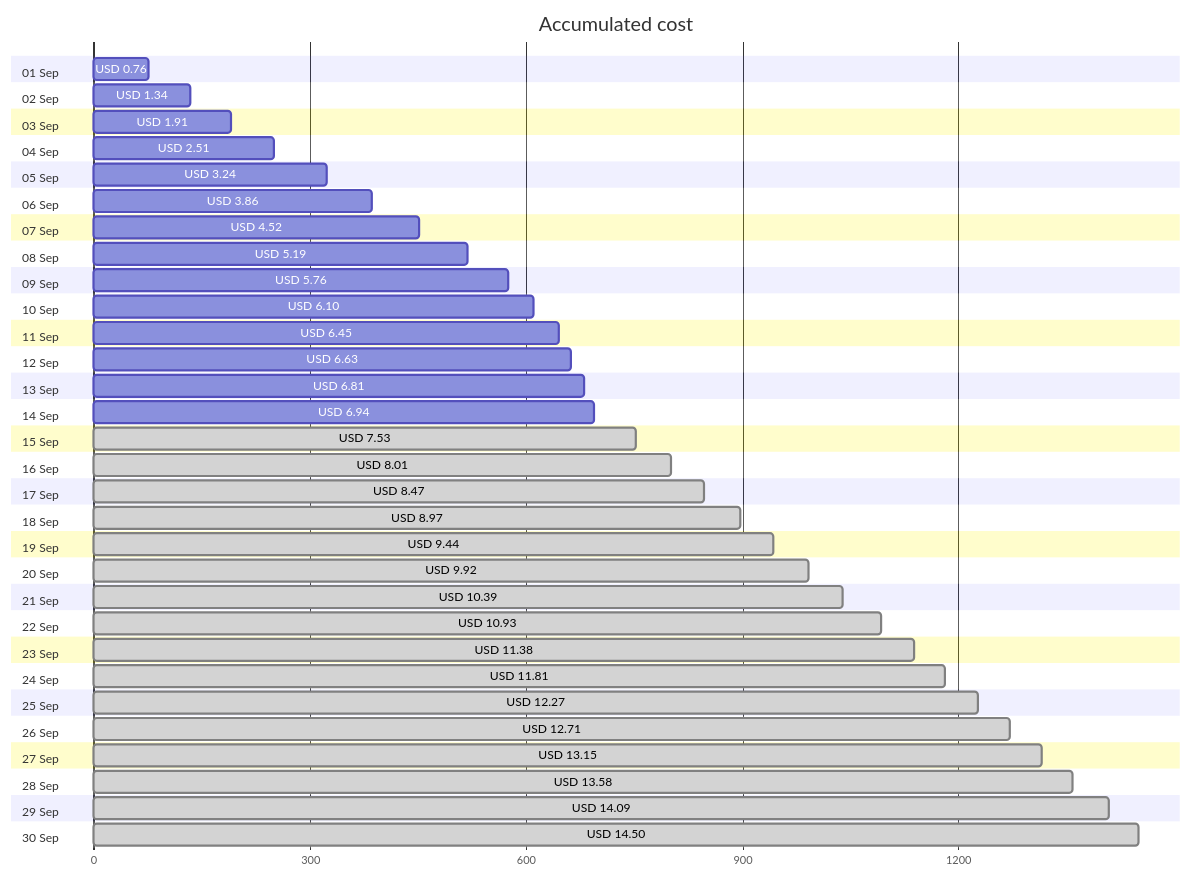
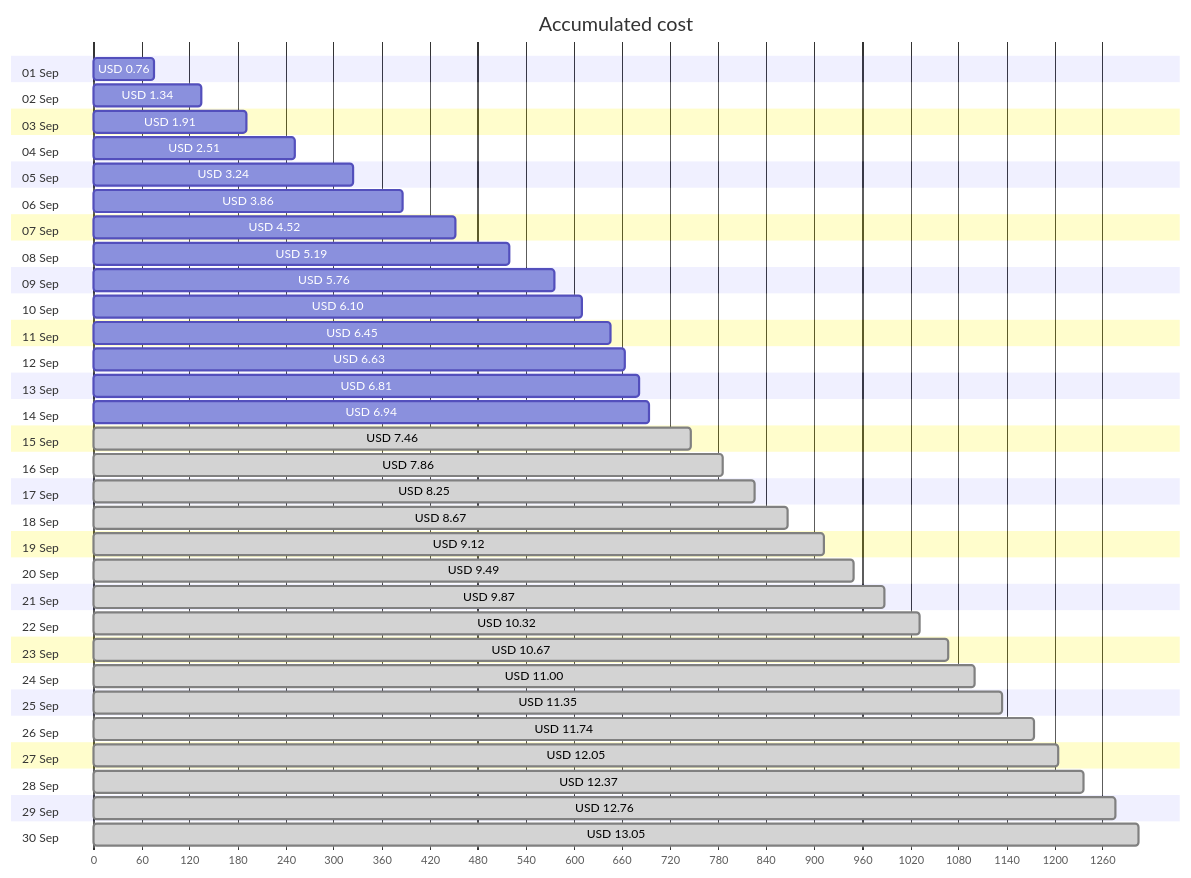
The first of 4 diagrams in cost-reports/personal-network/ubuntu-vpn-server-spot.md (jpfulton/azure-personal-reports), drawn with Mermaid before and after one commit. The commit also changed other lines of this file and 37 other files, not shown here.

````diff
--- a/cost-reports/personal-network/ubuntu-vpn-server-spot.md
+++ b/cost-reports/personal-network/ubuntu-vpn-server-spot.md
@@ -20,66 +20,66 @@
 ```mermaid
 gantt
    title Accumulated cost
    dateFormat  X
    axisFormat %s
    section 01 Sep
    USD 0.76 :0, 76
    section 02 Sep
    USD 1.34 :0, 134
    section 03 Sep
    USD 1.91 :0, 191
    section 04 Sep
    USD 2.51 :0, 251
    section 05 Sep
    USD 3.24 :0, 324
    section 06 Sep
    USD 3.86 :0, 386
    section 07 Sep
    USD 4.52 :0, 452
    section 08 Sep
    USD 5.19 :0, 519
    section 09 Sep
    USD 5.76 :0, 576
    section 10 Sep
    USD 6.10 :0, 610
    section 11 Sep
    USD 6.45 :0, 645
    section 12 Sep
    USD 6.63 :0, 663
    section 13 Sep
    USD 6.81 :0, 681
    section 14 Sep
    USD 6.94 :0, 694
    section 15 Sep
-   USD 7.53 : done, 0, 753
+   USD 7.46 : done, 0, 746
    section 16 Sep
-   USD 8.01 : done, 0, 801
+   USD 7.86 : done, 0, 786
    section 17 Sep
-   USD 8.47 : done, 0, 847
+   USD 8.25 : done, 0, 825
    section 18 Sep
-   USD 8.97 : done, 0, 897
+   USD 8.67 : done, 0, 867
    section 19 Sep
-   USD 9.44 : done, 0, 944
+   USD 9.12 : done, 0, 912
    section 20 Sep
-   USD 9.92 : done, 0, 992
+   USD 9.49 : done, 0, 949
    section 21 Sep
-   USD 10.39 : done, 0, 1039
+   USD 9.87 : done, 0, 987
    section 22 Sep
-   USD 10.93 : done, 0, 1093
+   USD 10.32 : done, 0, 1032
    section 23 Sep
-   USD 11.38 : done, 0, 1138
+   USD 10.67 : done, 0, 1067
    section 24 Sep
-   USD 11.81 : done, 0, 1181
+   USD 11.00 : done, 0, 1100
    section 25 Sep
-   USD 12.27 : done, 0, 1227
+   USD 11.35 : done, 0, 1135
    section 26 Sep
-   USD 12.71 : done, 0, 1271
+   USD 11.74 : done, 0, 1174
    section 27 Sep
-   USD 13.15 : done, 0, 1315
+   USD 12.05 : done, 0, 1205
    section 28 Sep
-   USD 13.58 : done, 0, 1358
+   USD 12.37 : done, 0, 1237
    section 29 Sep
-   USD 14.09 : done, 0, 1409
+   USD 12.76 : done, 0, 1276
    section 30 Sep
-   USD 14.50 : done, 0, 1450
+   USD 13.05 : done, 0, 1305
 ```
````
